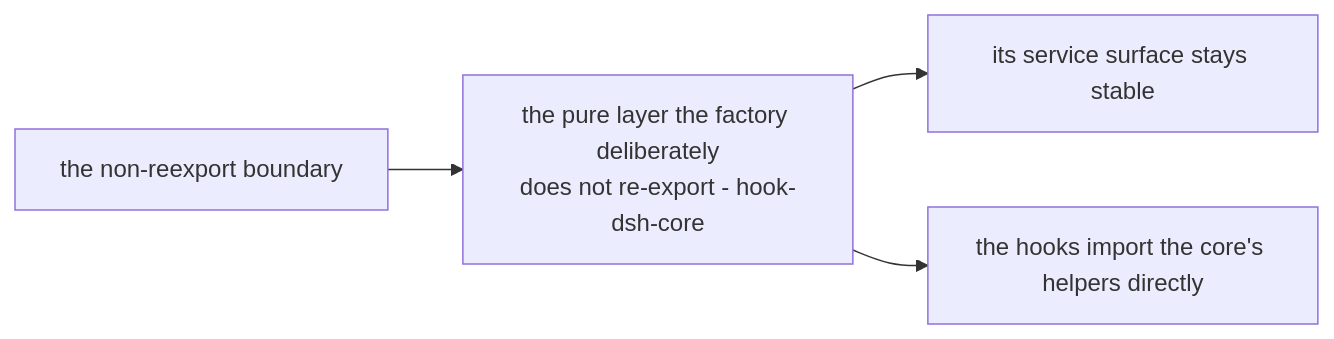
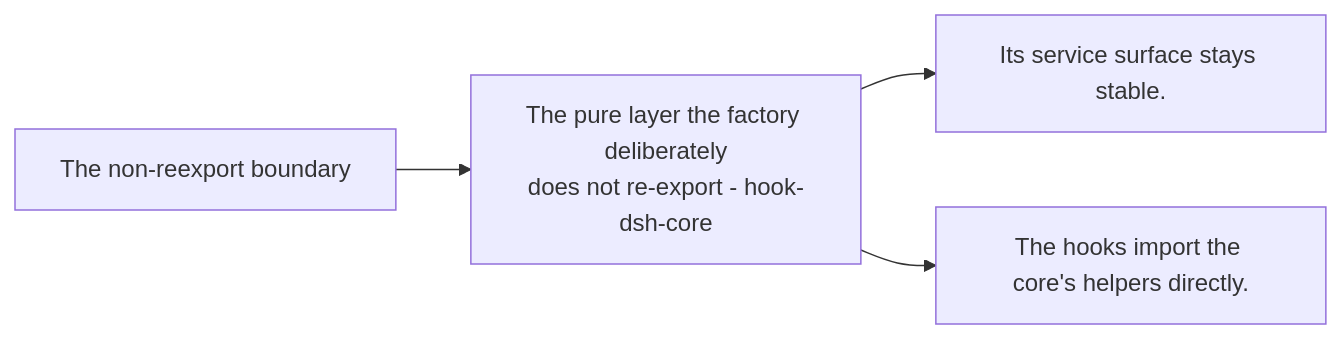
Before and after one commit to PlayForm/Site-DeepSeek: the diagram in Source/Content/Mermaid/factory-core-boundary.mmd, drawn with Mermaid. The commit also changed 341 other files, not shown here.

```diff
--- a/Source/Content/Mermaid/factory-core-boundary.mmd
+++ b/Source/Content/Mermaid/factory-core-boundary.mmd
@@ -1,8 +1,8 @@
 flowchart LR
-	BOUNDARY["the non-reexport boundary"]
-	CORE["the pure layer the factory deliberately<br/>does not re-export - hook-dsh-core"]
-	STABLE["its service surface stays stable"]
-	HOOKS["the hooks import the core's helpers directly"]
+	BOUNDARY["The non-reexport boundary"]
+	CORE["The pure layer the factory deliberately<br/>does not re-export - hook-dsh-core"]
+	STABLE["Its service surface stays stable."]
+	HOOKS["The hooks import the core's helpers directly."]
 	BOUNDARY --> CORE
 	CORE --> STABLE
 	CORE --> HOOKS
```
